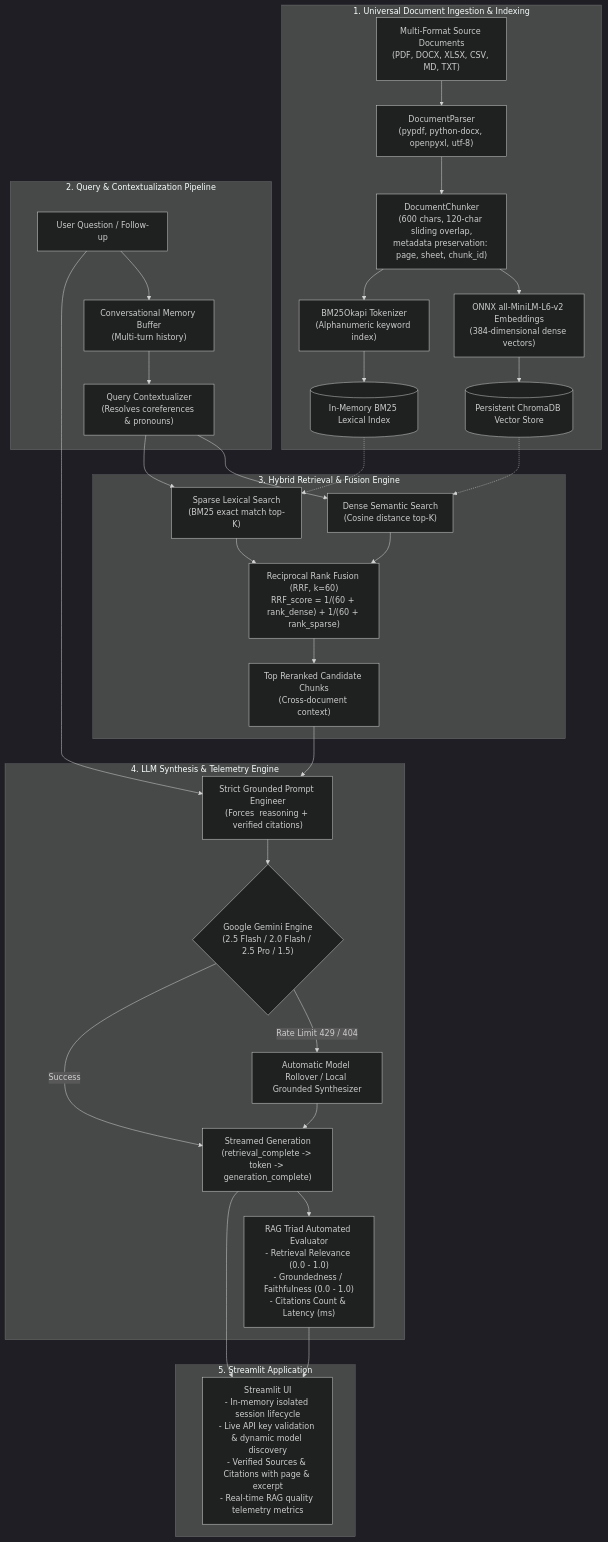
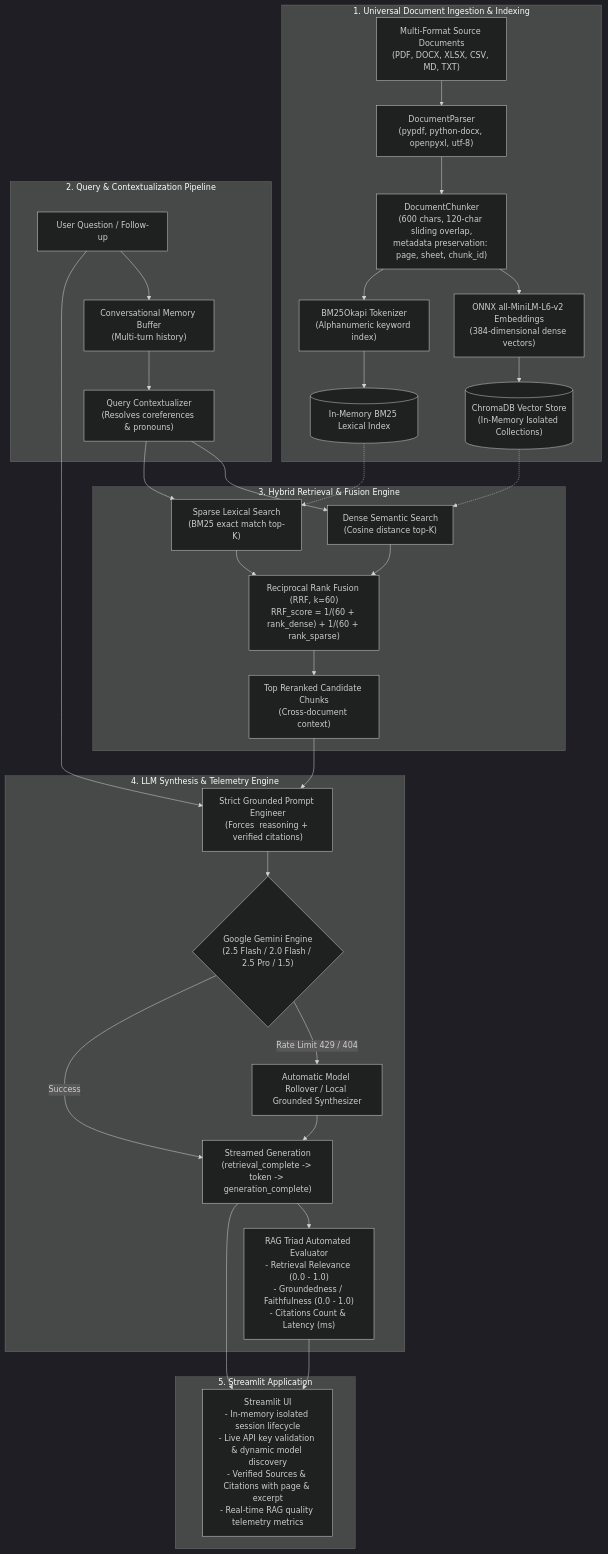
Before and after one commit to Joshan2007/DocAI-RAG: the diagram in README.md, drawn with Mermaid (dark theme). The commit also changed other lines of this file, not shown here.

Commit message:
docs(readme): update Gemini badges and in-memory ChromaDB vector store diagram label

````diff
--- a/README.md
+++ b/README.md
@@ -19,41 +19,41 @@
 ```mermaid
 flowchart TD
     subgraph INGESTION["1. Universal Document Ingestion & Indexing"]
         DOCS["Multi-Format Source Documents\n(PDF, DOCX, XLSX, CSV, MD, TXT)"] --> PARSER["DocumentParser\n(pypdf, python-docx, openpyxl, utf-8)"]
         PARSER --> CHUNKER["DocumentChunker\n(600 chars, 120-char sliding overlap,\nmetadata preservation: page, sheet, chunk_id)"]
         CHUNKER --> DENSE_EMB["ONNX all-MiniLM-L6-v2 Embeddings\n(384-dimensional dense vectors)"]
         CHUNKER --> SPARSE_TOK["BM25Okapi Tokenizer\n(Alphanumeric keyword index)"]
-        DENSE_EMB --> CHROMA[("Persistent ChromaDB Vector Store")]
+        DENSE_EMB --> CHROMA[("ChromaDB Vector Store\n(In-Memory Isolated Collections)")]
         SPARSE_TOK --> BM25_IDX[("In-Memory BM25 Lexical Index")]
     end
 
     subgraph QUERY_PROCESSING["2. Query & Contextualization Pipeline"]
         USER_Q["User Question / Follow-up"] --> MEMORY["Conversational Memory Buffer\n(Multi-turn history)"]
         MEMORY --> REFORMULATOR["Query Contextualizer\n(Resolves coreferences & pronouns)"]
     end
 
     subgraph HYBRID_RETRIEVAL["3. Hybrid Retrieval & Fusion Engine"]
         REFORMULATOR --> D_SEARCH["Dense Semantic Search\n(Cosine distance top-K)"]
         REFORMULATOR --> S_SEARCH["Sparse Lexical Search\n(BM25 exact match top-K)"]
         CHROMA -.-> D_SEARCH
         BM25_IDX -.-> S_SEARCH
         D_SEARCH --> RRF["Reciprocal Rank Fusion (RRF, k=60)\nRRF_score = 1/(60 + rank_dense) + 1/(60 + rank_sparse)"]
         S_SEARCH --> RRF
         RRF --> TOP_CHUNKS["Top Reranked Candidate Chunks\n(Cross-document context)"]
     end
 
     subgraph GENERATION_EVAL["4. LLM Synthesis & Telemetry Engine"]
         TOP_CHUNKS --> PROMPT_ENG["Strict Grounded Prompt Engineer\n(Forces <thought> reasoning + verified citations)"]
         USER_Q --> PROMPT_ENG
         PROMPT_ENG --> GEMINI{"Google Gemini Engine\n(2.5 Flash / 2.0 Flash / 2.5 Pro / 1.5)"}
         GEMINI -- "Rate Limit 429 / 404" --> ROTATE["Automatic Model Rollover / Local Grounded Synthesizer"]
         GEMINI -- "Success" --> STREAM["Streamed Generation\n(retrieval_complete -> token -> generation_complete)"]
         ROTATE --> STREAM
         STREAM --> EVAL["RAG Triad Automated Evaluator\n- Retrieval Relevance (0.0 - 1.0)\n- Groundedness / Faithfulness (0.0 - 1.0)\n- Citations Count & Latency (ms)"]
     end
 
     subgraph PRESENTATION["5. Streamlit Application"]
       STREAM --> UI["Streamlit UI\n- In-memory isolated session lifecycle\n- Live API key validation & dynamic model discovery\n- Verified Sources & Citations with page & excerpt\n- Real-time RAG quality telemetry metrics"]
         EVAL --> UI
     end
 ```
````
